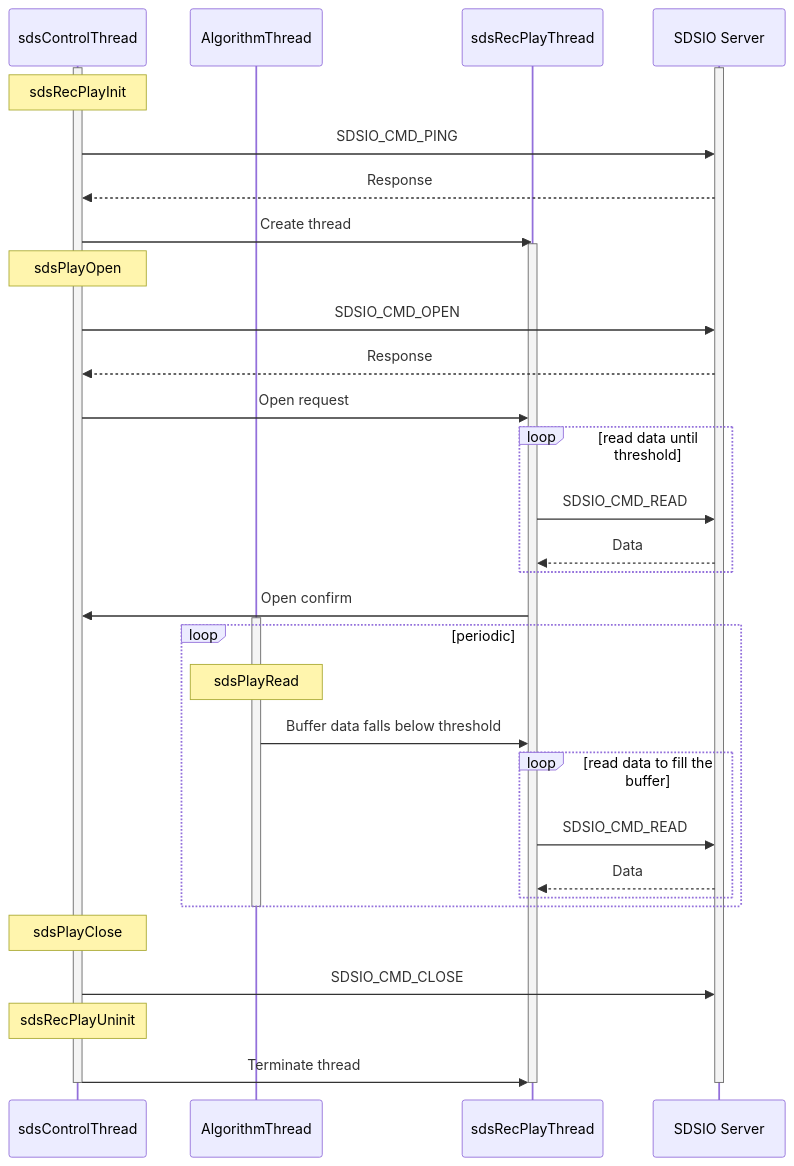
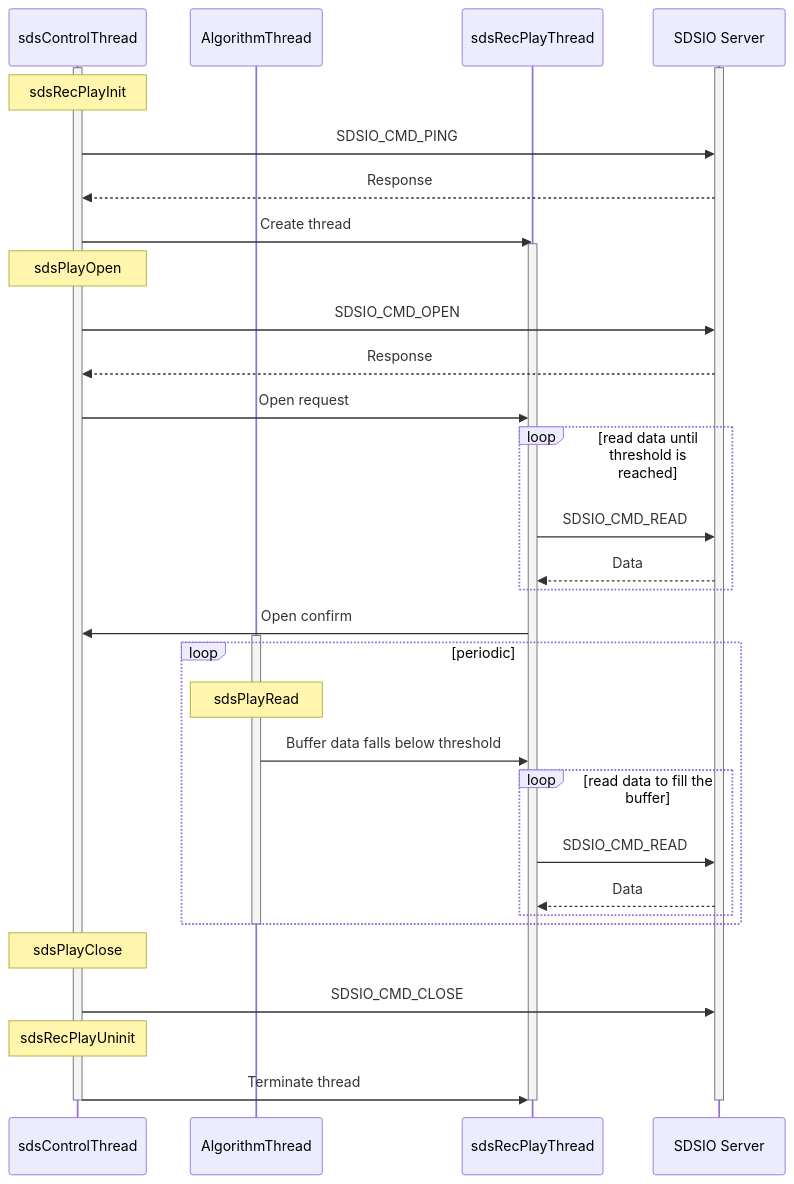
The third of 3 diagrams in documentation/theory.md (ARM-software/SDS-Framework), drawn with Mermaid before and after one commit. The commit also changed other lines of this file and 5 other files, not shown here.

````diff
--- a/documentation/theory.md
+++ b/documentation/theory.md
@@ -377,48 +380,48 @@
 ```mermaid
 sequenceDiagram
     participant sdsControlThread
     activate sdsControlThread
 
     participant AlgorithmThread
     participant Playback as sdsRecPlayThread
     participant Server as SDSIO Server
 
     activate Server
     Note over sdsControlThread: sdsRecPlayInit
     sdsControlThread->>Server: SDSIO_CMD_PING
     Server-->>sdsControlThread: Response
 
     sdsControlThread->>Playback: Create thread
     activate Playback
 
     Note over sdsControlThread: sdsPlayOpen
     sdsControlThread->>Server: SDSIO_CMD_OPEN
     Server-->>sdsControlThread: Response
     sdsControlThread->>Playback: Open request
-    loop read data until threshold
+    loop read data until threshold is reached
         Playback->>Server: SDSIO_CMD_READ
         Server-->>Playback: Data
     end
     Playback->>sdsControlThread: Open confirm
 
     activate AlgorithmThread
     loop periodic
         Note over AlgorithmThread: sdsPlayRead
         AlgorithmThread->>Playback: Buffer data falls below threshold
         loop read data to fill the buffer
             Playback->>Server: SDSIO_CMD_READ
             Server-->>Playback: Data
         end
     end
     deactivate AlgorithmThread
 
     Note over sdsControlThread: sdsPlayClose
     sdsControlThread->>Server: SDSIO_CMD_CLOSE
 
     Note over sdsControlThread: sdsRecPlayUninit
     sdsControlThread->>Playback: Terminate thread
     deactivate Playback
 
     deactivate Server
     deactivate sdsControlThread
 ```
````
